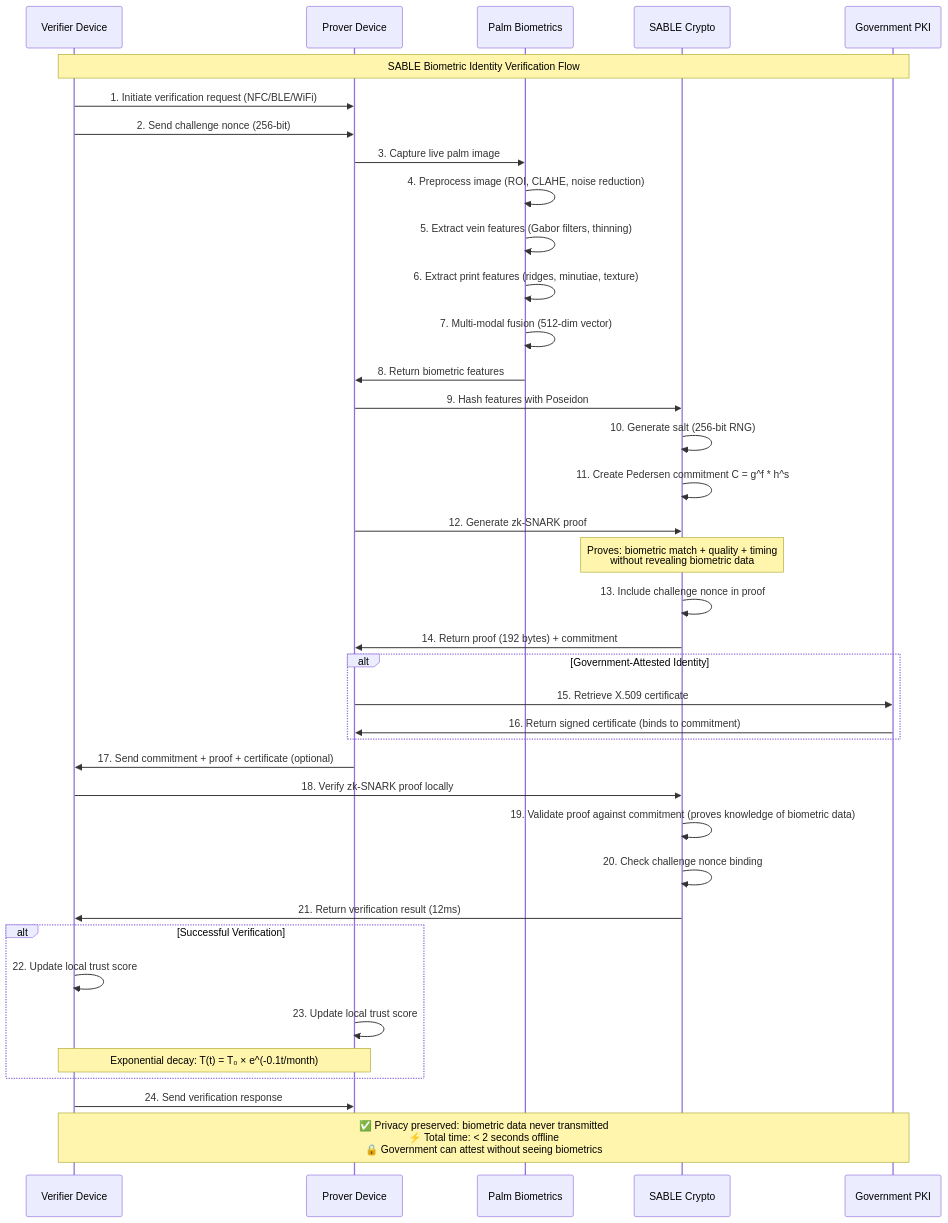
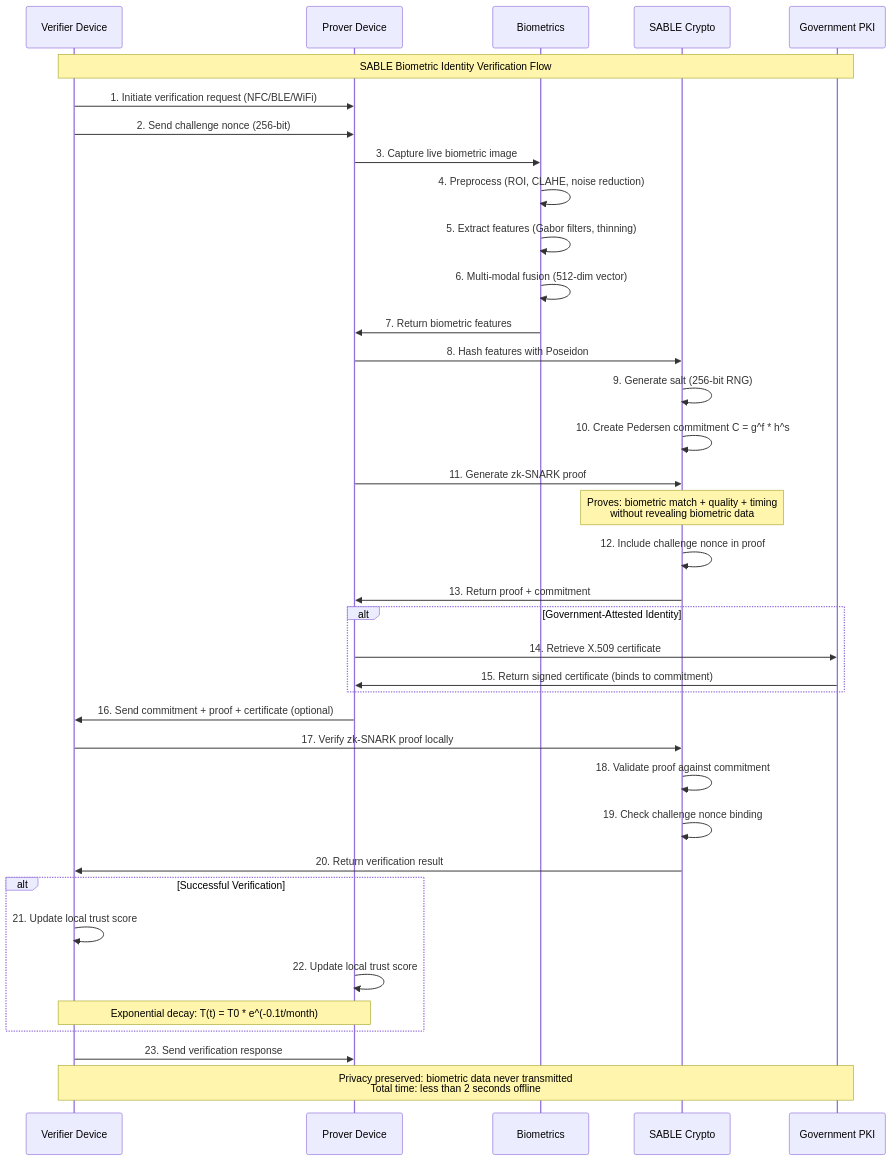
One commit to anuna-research/sable changed the diagram in README.md. Above: the diagram before and after it, drawn with Mermaid. The commit also changed other lines of this file, not shown here.

````diff
--- a/README.md
+++ b/README.md
@@ -107,58 +119,49 @@
 ```mermaid
 sequenceDiagram
     participant V as Verifier Device
     participant P as Prover Device
-    participant PB as Palm Biometrics
+    participant PB as Biometrics
     participant SC as SABLE Crypto
     participant PKI as Government PKI
 
     Note over V,PKI: SABLE Biometric Identity Verification Flow
 
-    %% Challenge initiation
     V->>P: 1. Initiate verification request (NFC/BLE/WiFi)
     V->>P: 2. Send challenge nonce (256-bit)
-    
-    %% Biometric capture and processing
-    P->>PB: 3. Capture live palm image
-    PB->>PB: 4. Preprocess image (ROI, CLAHE, noise reduction)
-    PB->>PB: 5. Extract vein features (Gabor filters, thinning)
-    PB->>PB: 6. Extract print features (ridges, minutiae, texture)
-    PB->>PB: 7. Multi-modal fusion (512-dim vector)
-    PB->>P: 8. Return biometric features
-    
-    %% Cryptographic processing  
-    P->>SC: 9. Hash features with Poseidon
-    SC->>SC: 10. Generate salt (256-bit RNG)
-    SC->>SC: 11. Create Pedersen commitment C = g^f * h^s
-    
-    %% Zero-knowledge proof generation
-    P->>SC: 12. Generate zk-SNARK proof
+
+    P->>PB: 3. Capture live biometric image
+    PB->>PB: 4. Preprocess (ROI, CLAHE, noise reduction)
+    PB->>PB: 5. Extract features (Gabor filters, thinning)
+    PB->>PB: 6. Multi-modal fusion (512-dim vector)
+    PB->>P: 7. Return biometric features
+
+    P->>SC: 8. Hash features with Poseidon
+    SC->>SC: 9. Generate salt (256-bit RNG)
+    SC->>SC: 10. Create Pedersen commitment C = g^f * h^s
+
+    P->>SC: 11. Generate zk-SNARK proof
     Note over SC: Proves: biometric match + quality + timing<br/>without revealing biometric data
-    SC->>SC: 13. Include challenge nonce in proof
-    SC->>P: 14. Return proof (192 bytes) + commitment
-    
-    %% Optional government attestation
+    SC->>SC: 12. Include challenge nonce in proof
+    SC->>P: 13. Return proof + commitment
+
     alt Government-Attested Identity
-        P->>PKI: 15. Retrieve X.509 certificate
-        PKI->>P: 16. Return signed certificate (binds to commitment)
+        P->>PKI: 14. Retrieve X.509 certificate
+        PKI->>P: 15. Return signed certificate (binds to commitment)
     end
-    
-    %% Peer-to-peer verification
-    P->>V: 17. Send commitment + proof + certificate (optional)
-    V->>SC: 18. Verify zk-SNARK proof locally
-    SC->>SC: 19. Validate proof against commitment (proves knowledge of biometric data)
-    SC->>SC: 20. Check challenge nonce binding
-    SC->>V: 21. Return verification result (12ms)
-    
-    %% Trust network update
+
+    P->>V: 16. Send commitment + proof + certificate (optional)
+    V->>SC: 17. Verify zk-SNARK proof locally
+    SC->>SC: 18. Validate proof against commitment
+    SC->>SC: 19. Check challenge nonce binding
+    SC->>V: 20. Return verification result
+
     alt Successful Verification
-        V->>V: 22. Update local trust score
-        P->>P: 23. Update local trust score
-        Note over V,P: Exponential decay: T(t) = T₀ × e^(-0.1t/month)
+        V->>V: 21. Update local trust score
+        P->>P: 22. Update local trust score
+        Note over V,P: Exponential decay: T(t) = T0 * e^(-0.1t/month)
     end
-    
-    %% Response
-    V->>P: 24. Send verification response
-    
-    Note over V,PKI: ✅ Privacy preserved: biometric data never transmitted<br/>⚡ Total time: < 2 seconds offline<br/>🔒 Government can attest without seeing biometrics
+
+    V->>P: 23. Send verification response
+
+    Note over V,PKI: Privacy preserved: biometric data never transmitted<br/>Total time: less than 2 seconds offline
 ```
````
